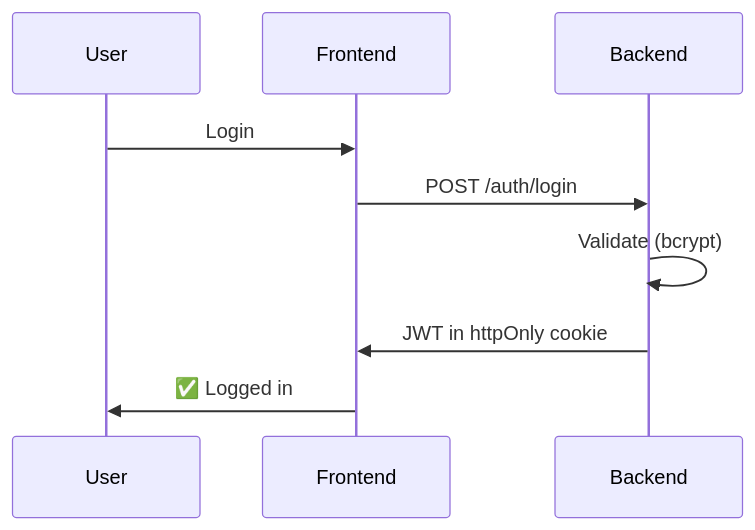
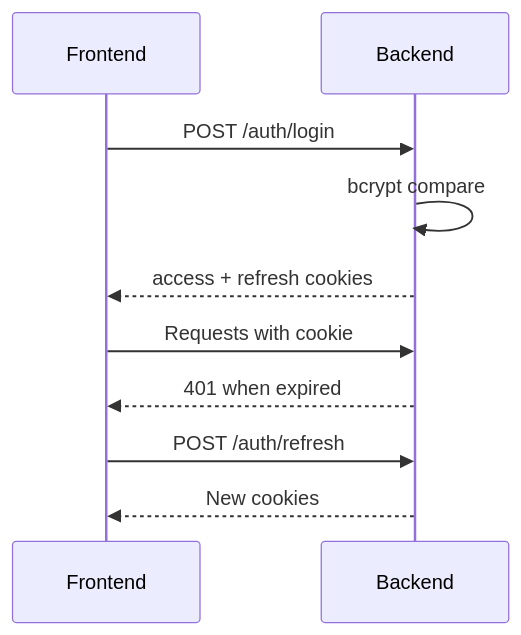
The third of 4 diagrams in doc/architecture.md (Ketbome/minepanel), drawn with Mermaid before and after one commit. The commit also changed other lines of this file and 56 other files, not shown here.

First line of the commit message:
docs: current screenshots and diagrams across the whole site (#333)

````diff
--- a/doc/architecture.md
+++ b/doc/architecture.md
@@ -110,8 +131,12 @@
 ```mermaid
 sequenceDiagram
-    User->>Frontend: Login
-    Frontend->>Backend: POST /auth/login
-    Backend->>Backend: Validate (bcrypt)
-    Backend->>Frontend: JWT in httpOnly cookie
-    Frontend->>User: ✅ Logged in
+    participant UI as Frontend
+    participant API as Backend
+    UI->>API: POST /auth/login
+    API->>API: bcrypt compare
+    API-->>UI: access + refresh cookies
+    UI->>API: Requests with cookie
+    API-->>UI: 401 when expired
+    UI->>API: POST /auth/refresh
+    API-->>UI: New cookies
 ```
````
